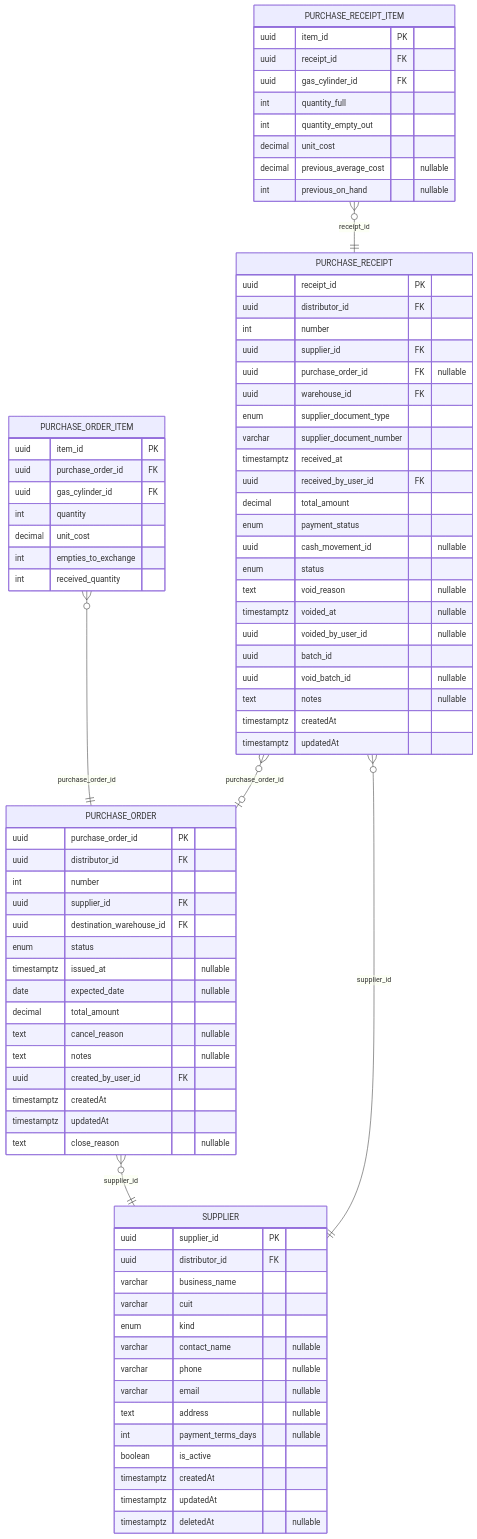
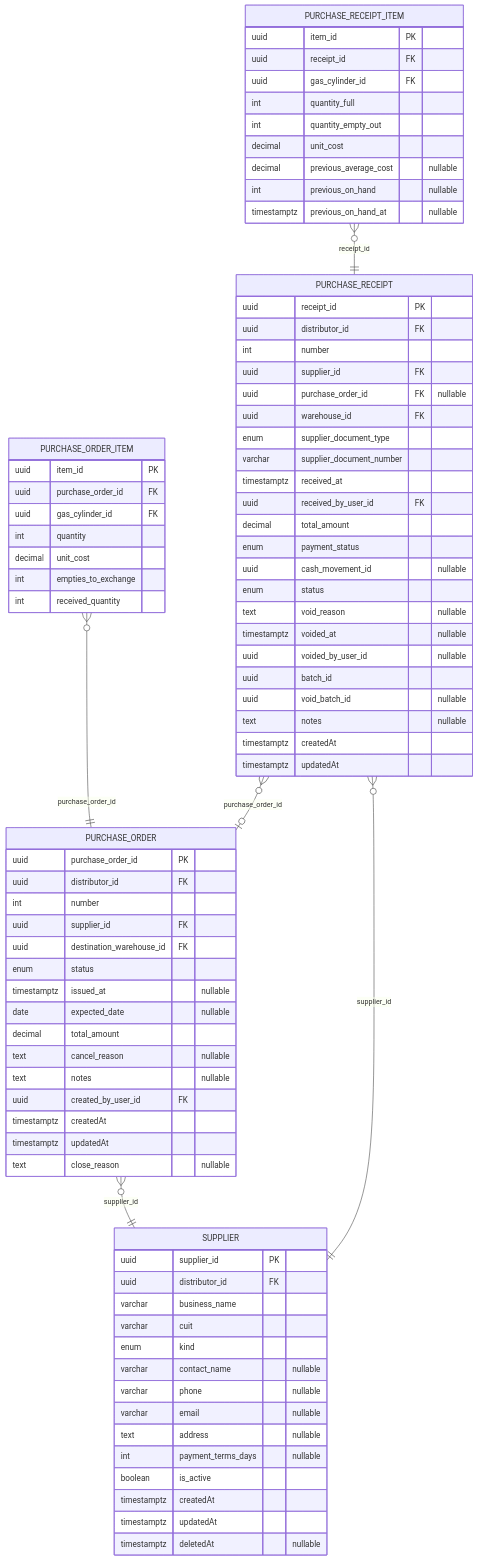
Before and after one commit to Nahuelito-Dev/splg-docs: diagram 12 of 15 in diagramas/base-de-datos/SPLG-der-mermaid.md, drawn with Mermaid. The commit also changed other lines of this file and 306 other files, not shown here.

````diff
--- a/diagramas/base-de-datos/SPLG-der-mermaid.md
+++ b/diagramas/base-de-datos/SPLG-der-mermaid.md
@@ -1039,5 +1040,6 @@
         decimal unit_cost
         decimal previous_average_cost "nullable"
         int previous_on_hand "nullable"
+        timestamptz previous_on_hand_at "nullable"
     }
 ```
````
